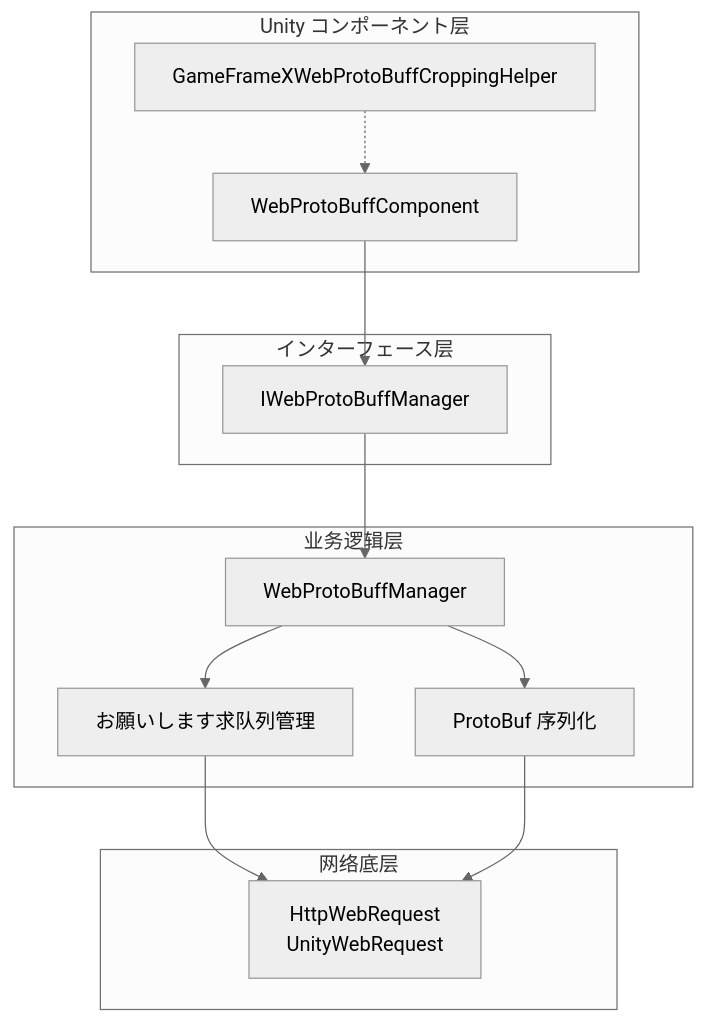
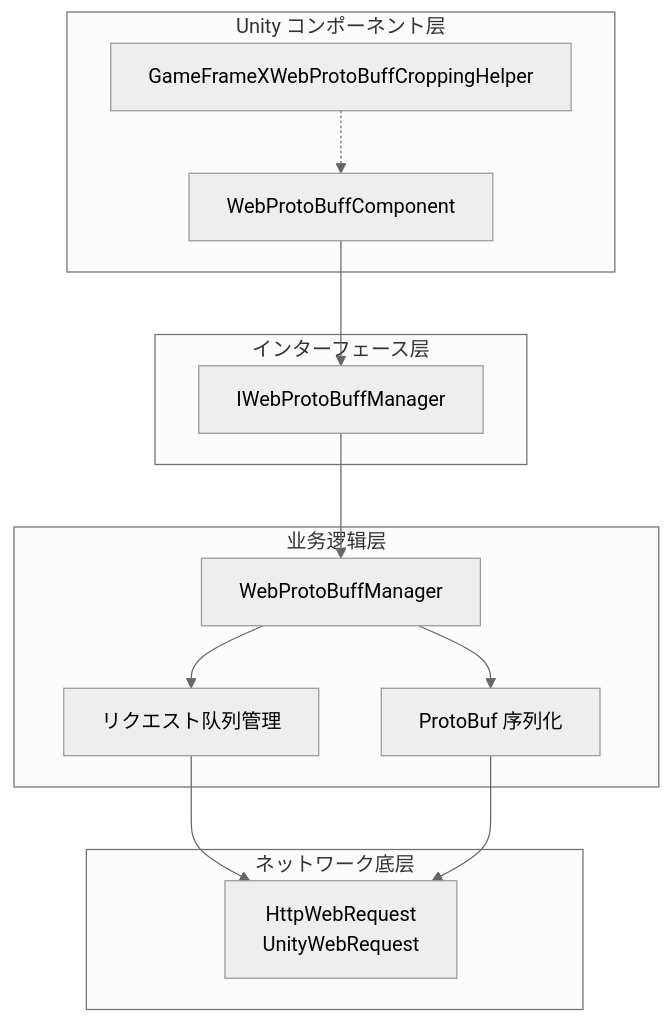
One commit to AlianBlank/GameFrameX.Docs changed the first of 5 diagrams in docs/ja/client/unity/component/web-protobuff/06.architecture.md. Above: the diagram before and after it, drawn with Mermaid (neutral theme). The commit also changed other lines of this file and 320 other files, not shown here.

````diff
--- a/docs/ja/client/unity/component/web-protobuff/06.architecture.md
+++ b/docs/ja/client/unity/component/web-protobuff/06.architecture.md
@@ -21,29 +21,29 @@
 ```mermaid
 flowchart TD
     subgraph UnityLayer["Unity コンポーネント层"]
         Comp["WebProtoBuffComponent"]
         Helper["GameFrameXWebProtoBuffCroppingHelper"]
     end
 
     subgraph InterfaceLayer["インターフェース层"]
         Interface["IWebProtoBuffManager"]
     end
 
     subgraph BusinessLayer["业务逻辑层"]
         Manager["WebProtoBuffManager"]
-        Queue["お願いします求队列管理"]
+        Queue["リクエスト队列管理"]
         Serialize["ProtoBuf 序列化"]
     end
 
-    subgraph NetworkLayer["网络底层"]
+    subgraph NetworkLayer["ネットワーク底层"]
         HTTP["HttpWebRequest<br/>UnityWebRequest"]
     end
 
     Comp --> Interface
     Interface --> Manager
     Manager --> Queue
     Manager --> Serialize
     Queue --> HTTP
     Serialize --> HTTP
     Helper -.-> Comp
 ```
````
